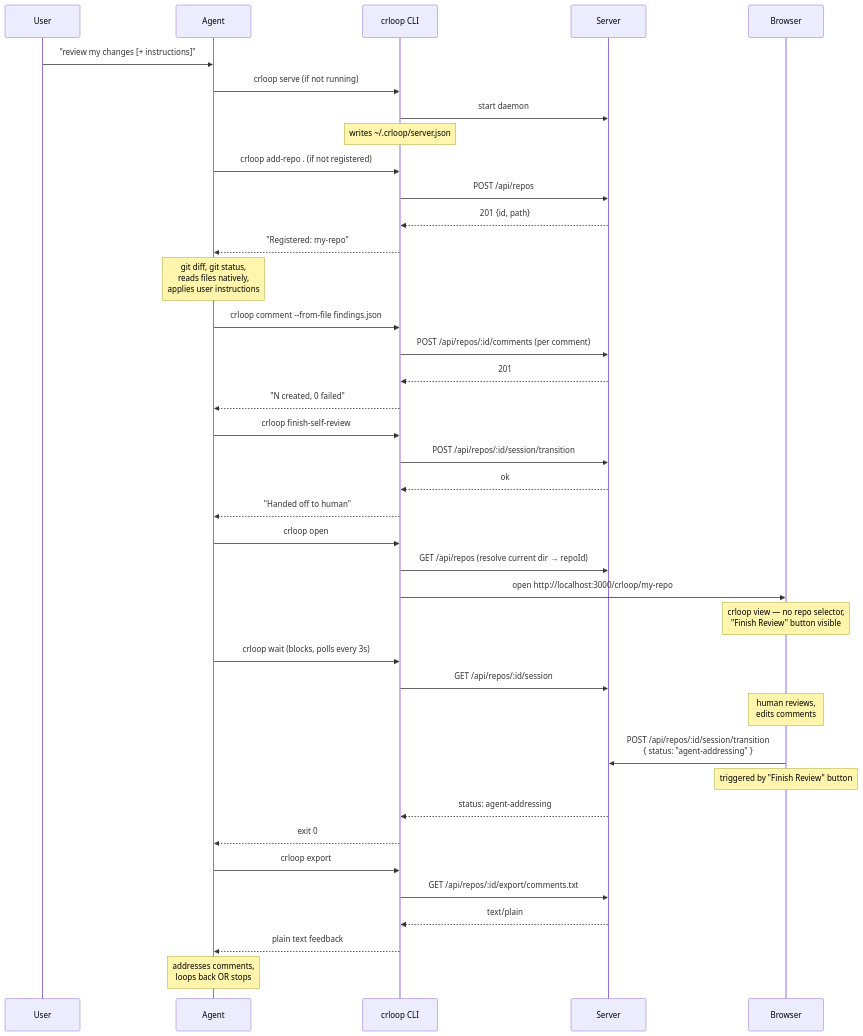
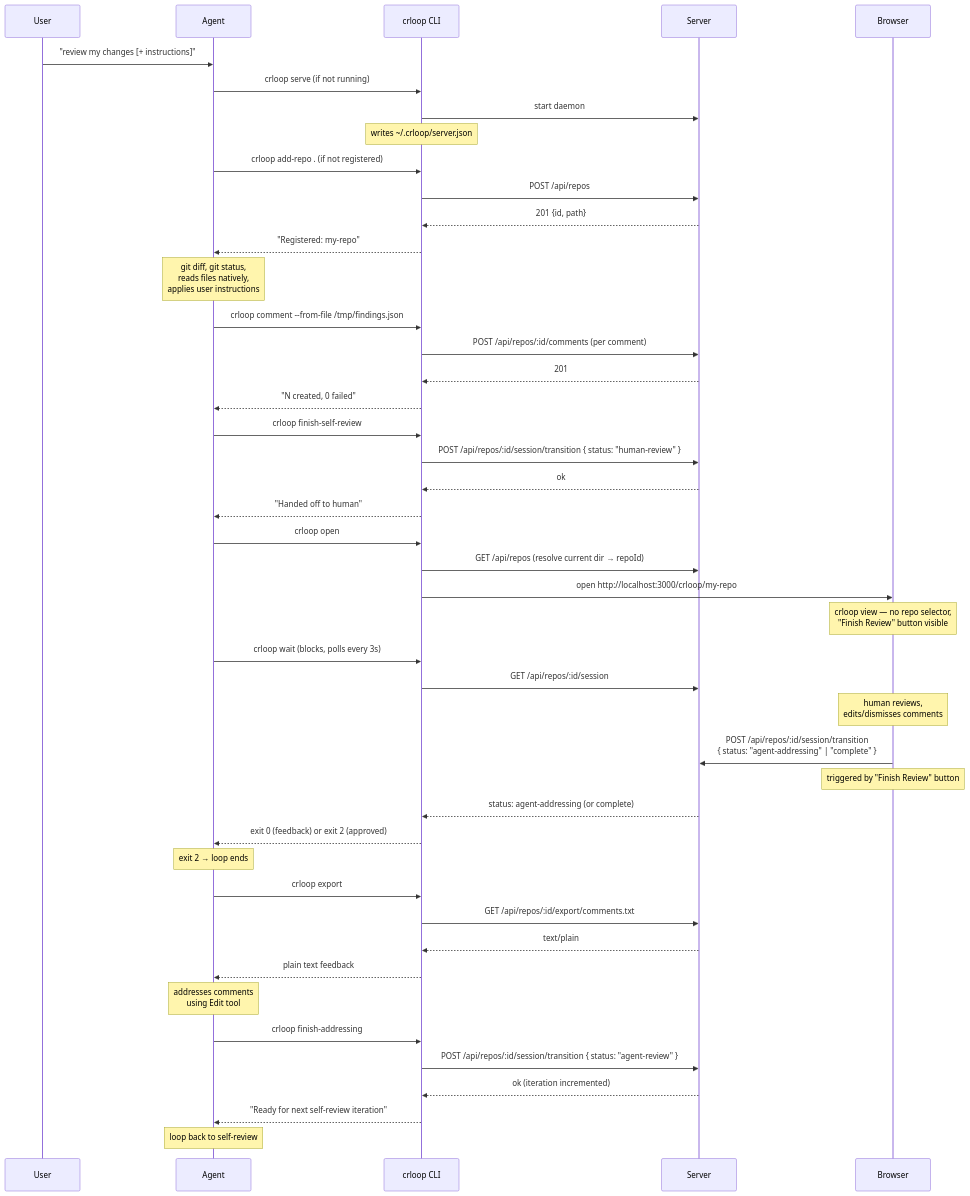
One commit to rkrysinski/agentic-cr-loop changed the second of 2 diagrams in docs/features/agentic-cr-skill-cli/design-skill-cli.md. Above: the diagram before and after it, drawn with Mermaid. The commit also changed other lines of this file and 9 other files, not shown here.

````diff
--- a/docs/features/agentic-cr-skill-cli/design-skill-cli.md
+++ b/docs/features/agentic-cr-skill-cli/design-skill-cli.md
@@ -423,53 +461,62 @@
 ```mermaid
 sequenceDiagram
     participant User
     participant Agent
     participant CLI as crloop CLI
     participant Server
     participant Browser
 
     User->>Agent: "review my changes [+ instructions]"
 
     Agent->>CLI: crloop serve (if not running)
     CLI->>Server: start daemon
     Note over CLI: writes ~/.crloop/server.json
 
     Agent->>CLI: crloop add-repo . (if not registered)
     CLI->>Server: POST /api/repos
     Server-->>CLI: 201 {id, path}
     CLI-->>Agent: "Registered: my-repo"
 
     Note over Agent: git diff, git status,<br/>reads files natively,<br/>applies user instructions
 
-    Agent->>CLI: crloop comment --from-file findings.json
+    Agent->>CLI: crloop comment --from-file /tmp/findings.json
     CLI->>Server: POST /api/repos/:id/comments (per comment)
     Server-->>CLI: 201
     CLI-->>Agent: "N created, 0 failed"
 
     Agent->>CLI: crloop finish-self-review
-    CLI->>Server: POST /api/repos/:id/session/transition
+    CLI->>Server: POST /api/repos/:id/session/transition { status: "human-review" }
     Server-->>CLI: ok
     CLI-->>Agent: "Handed off to human"
 
     Agent->>CLI: crloop open
     CLI->>Server: GET /api/repos (resolve current dir → repoId)
     CLI->>Browser: open http://localhost:3000/crloop/my-repo
     Note over Browser: crloop view — no repo selector,<br/>"Finish Review" button visible
 
     Agent->>CLI: crloop wait (blocks, polls every 3s)
     CLI->>Server: GET /api/repos/:id/session
 
-    Note over Browser: human reviews,<br/>edits comments
+    Note over Browser: human reviews,<br/>edits/dismisses comments
 
-    Browser->>Server: POST /api/repos/:id/session/transition<br/>{ status: "agent-addressing" }
+    Browser->>Server: POST /api/repos/:id/session/transition<br/>{ status: "agent-addressing" | "complete" }
     Note over Browser: triggered by "Finish Review" button
-    Server-->>CLI: status: agent-addressing
-    CLI-->>Agent: exit 0
+    Server-->>CLI: status: agent-addressing (or complete)
+    CLI-->>Agent: exit 0 (feedback) or exit 2 (approved)
+
+    Note over Agent: exit 2 → loop ends
 
     Agent->>CLI: crloop export
     CLI->>Server: GET /api/repos/:id/export/comments.txt
     Server-->>CLI: text/plain
     CLI-->>Agent: plain text feedback
 
-    Note over Agent: addresses comments,<br/>loops back OR stops
+    Note over Agent: addresses comments<br/>using Edit tool
+
+    Agent->>CLI: crloop finish-addressing
+    CLI->>Server: POST /api/repos/:id/session/transition { status: "agent-review" }
+    Server-->>CLI: ok (iteration incremented)
+    CLI-->>Agent: "Ready for next self-review iteration"
+
+    Note over Agent: loop back to self-review
 ```
````
